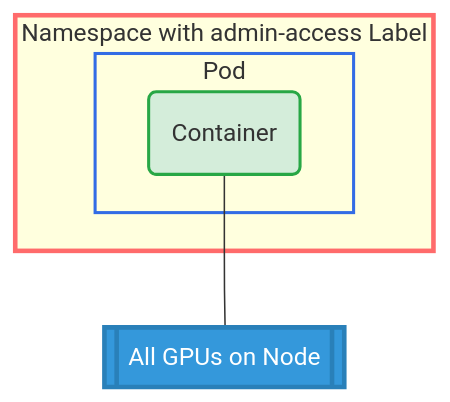
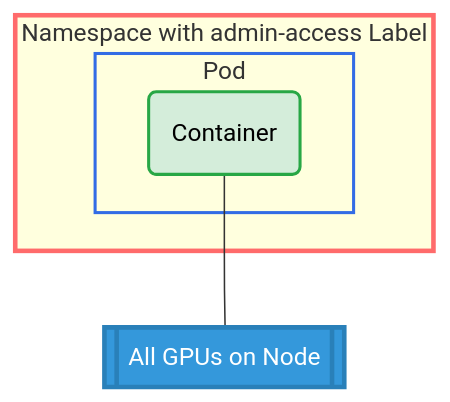
Before and after one commit to kubernetes-sigs/dra-example-driver: the diagram in demo/examples/admin-access/README.md, drawn with Mermaid. The commit also changed 10 other files, not shown here.

````diff
--- a/demo/examples/admin-access/README.md
+++ b/demo/examples/admin-access/README.md
@@ -18,15 +18,15 @@
 ```mermaid
 graph TD
     subgraph NS [Namespace with admin-access Label]
         subgraph Pod1 [Pod]
             C1(Container)
         end
     end
     G1[[All GPUs on Node]]
     C1 --- G1
 
     style NS stroke:#ff6b6b,stroke-width:3px
     style Pod1 stroke:#326ce5,stroke-width:2px
-    style C1 fill:#d4edda,stroke:#28a745,stroke-width:2px
+    style C1 fill:#d4edda,color:#000, stroke:#28a745,stroke-width:2px
     style G1 fill:#3498db,color:#fff,stroke:#2980b9,stroke-width:3px
 ```
````
